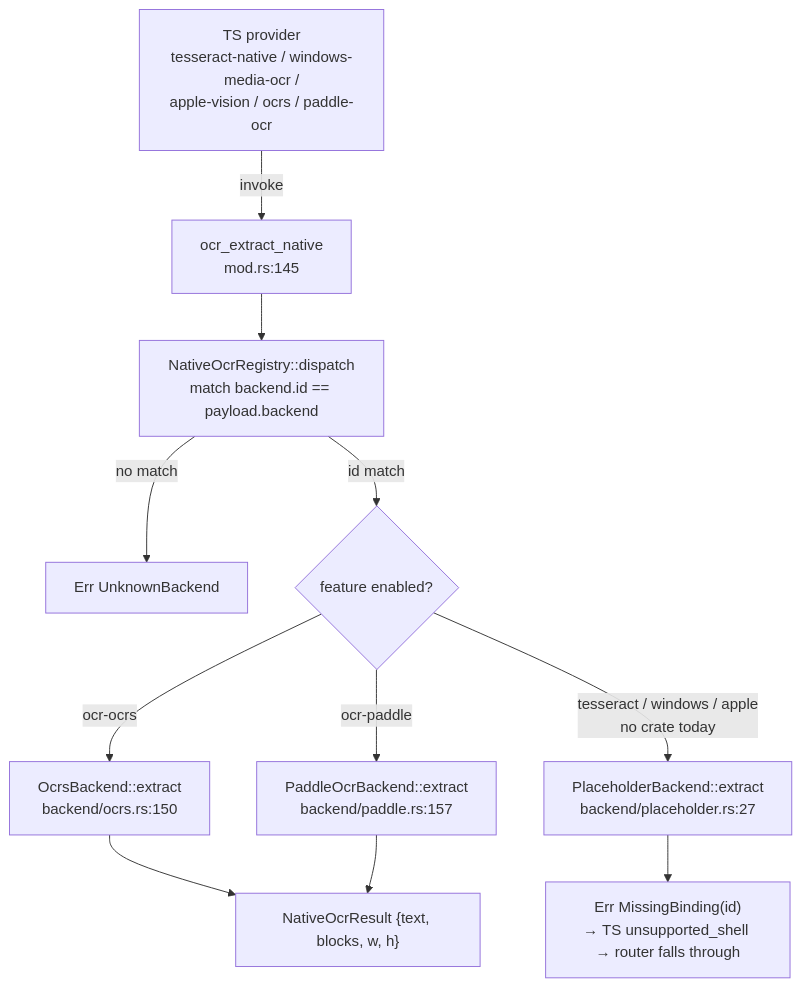
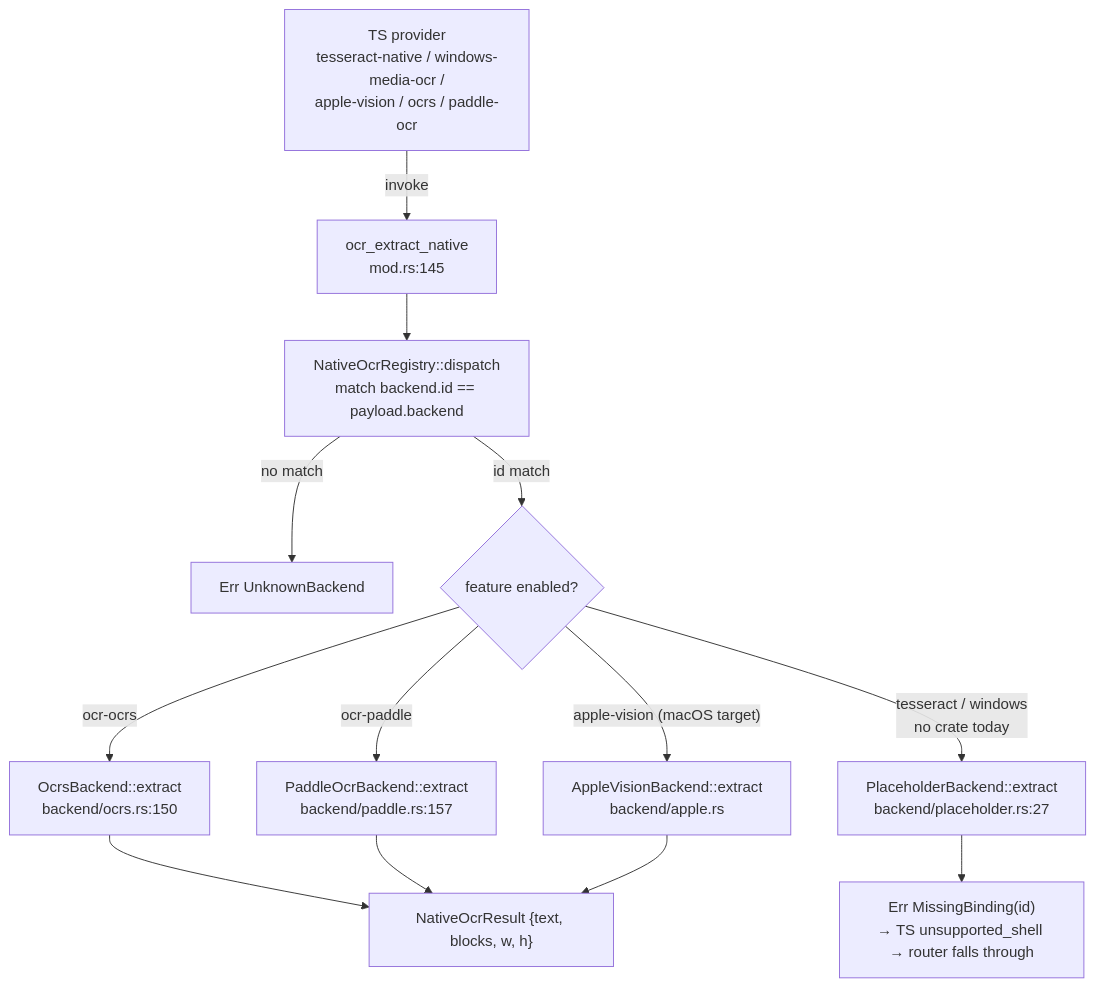
One commit to MaxQian888/cognia-next changed the first of 2 diagrams in docs/content/docs/en/subsystems/ocr/native-backends.mdx. Above: the diagram before and after it, drawn with Mermaid. The commit also changed other lines of this file and 69 other files, not shown here.

First line of the commit message:
fix(ocr): audit providers, add in-process Apple Vision, fix try-it dialog

````diff
--- a/docs/content/docs/en/subsystems/ocr/native-backends.mdx
+++ b/docs/content/docs/en/subsystems/ocr/native-backends.mdx
@@ -54,14 +54,16 @@
 ```mermaid
 flowchart TD
   TS["TS provider<br/>tesseract-native / windows-media-ocr /<br/>apple-vision / ocrs / paddle-ocr"]
   TS -->|invoke| CMD["ocr_extract_native<br/>mod.rs:145"]
   CMD --> DISP["NativeOcrRegistry::dispatch<br/>match backend.id == payload.backend"]
   DISP -->|no match| UNK["Err UnknownBackend"]
   DISP -->|id match| FEAT{feature enabled?}
   FEAT -->|ocr-ocrs| OCRS["OcrsBackend::extract<br/>backend/ocrs.rs:150"]
   FEAT -->|ocr-paddle| PAD["PaddleOcrBackend::extract<br/>backend/paddle.rs:157"]
-  FEAT -->|tesseract / windows / apple<br/>no crate today| PH["PlaceholderBackend::extract<br/>backend/placeholder.rs:27"]
+  FEAT -->|"apple-vision (macOS target)"| AV["AppleVisionBackend::extract<br/>backend/apple.rs"]
+  FEAT -->|tesseract / windows<br/>no crate today| PH["PlaceholderBackend::extract<br/>backend/placeholder.rs:27"]
   PH --> MB["Err MissingBinding(id)<br/>→ TS unsupported_shell → router falls through"]
   OCRS --> RES["NativeOcrResult {text, blocks, w, h}"]
   PAD --> RES
+  AV --> RES
 ```
````
